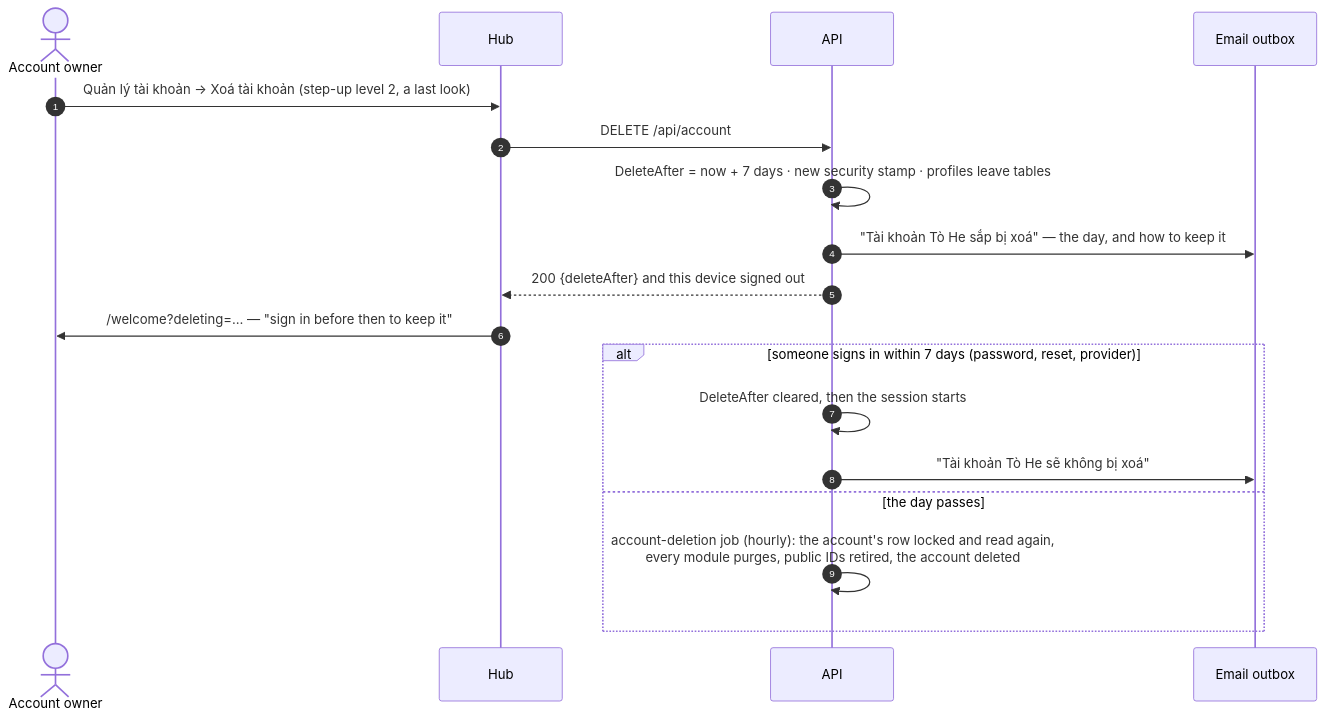
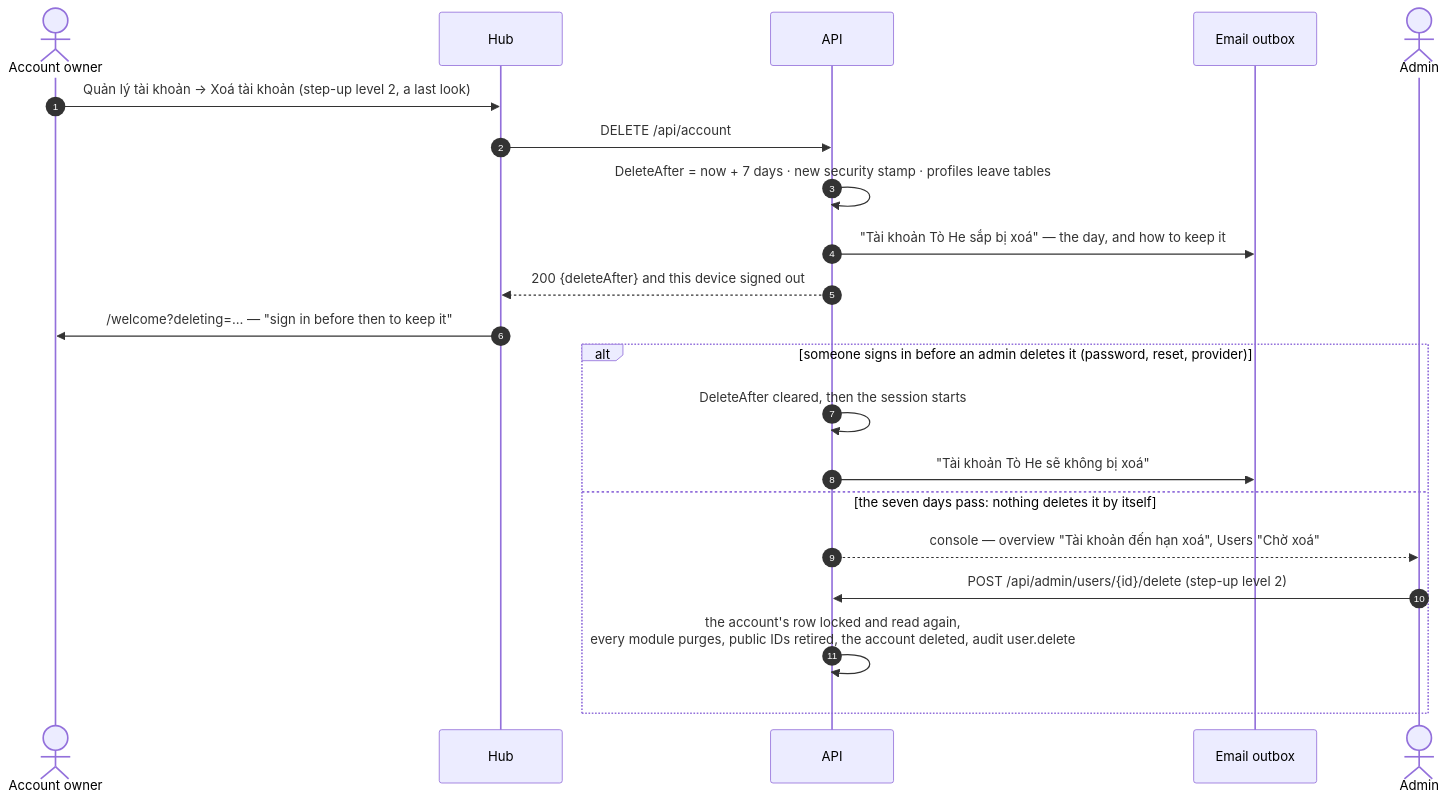
Before and after one commit to vinh466/tohe-play: diagram 13 of 13 in docs/architecture/identity.md, drawn with Mermaid. The commit also changed other lines of this file and 28 other files, not shown here.

First line of the commit message:
F1c: after its seven days, an account waits for an admin to delete it (ADR 0038)

````diff
--- a/docs/architecture/identity.md
+++ b/docs/architecture/identity.md
@@ -491,20 +493,23 @@
 ```mermaid
 sequenceDiagram
   autonumber
   actor U as Account owner
   participant H as Hub
   participant API
   participant M as Email outbox
+  actor A as Admin
   U->>H: Quản lý tài khoản → Xoá tài khoản (step-up level 2, a last look)
   H->>API: DELETE /api/account
   API->>API: DeleteAfter = now + 7 days · new security stamp · profiles leave tables
   API->>M: "Tài khoản Tò He sắp bị xoá" — the day, and how to keep it
   API-->>H: 200 {deleteAfter} and this device signed out
   H->>U: /welcome?deleting=… — "sign in before then to keep it"
-  alt someone signs in within 7 days (password, reset, provider)
+  alt someone signs in before an admin deletes it (password, reset, provider)
     API->>API: DeleteAfter cleared, then the session starts
     API->>M: "Tài khoản Tò He sẽ không bị xoá"
-  else the day passes
-    API->>API: account-deletion job (hourly): the account's row locked and read again,<br/>every module purges, public IDs retired, the account deleted
+  else the seven days pass: nothing deletes it by itself
+    API-->>A: console — overview "Tài khoản đến hạn xoá", Users "Chờ xoá"
+    A->>API: POST /api/admin/users/{id}/delete (step-up level 2)
+    API->>API: the account's row locked and read again,<br/>every module purges, public IDs retired, the account deleted, audit user.delete
   end
 ```
````
